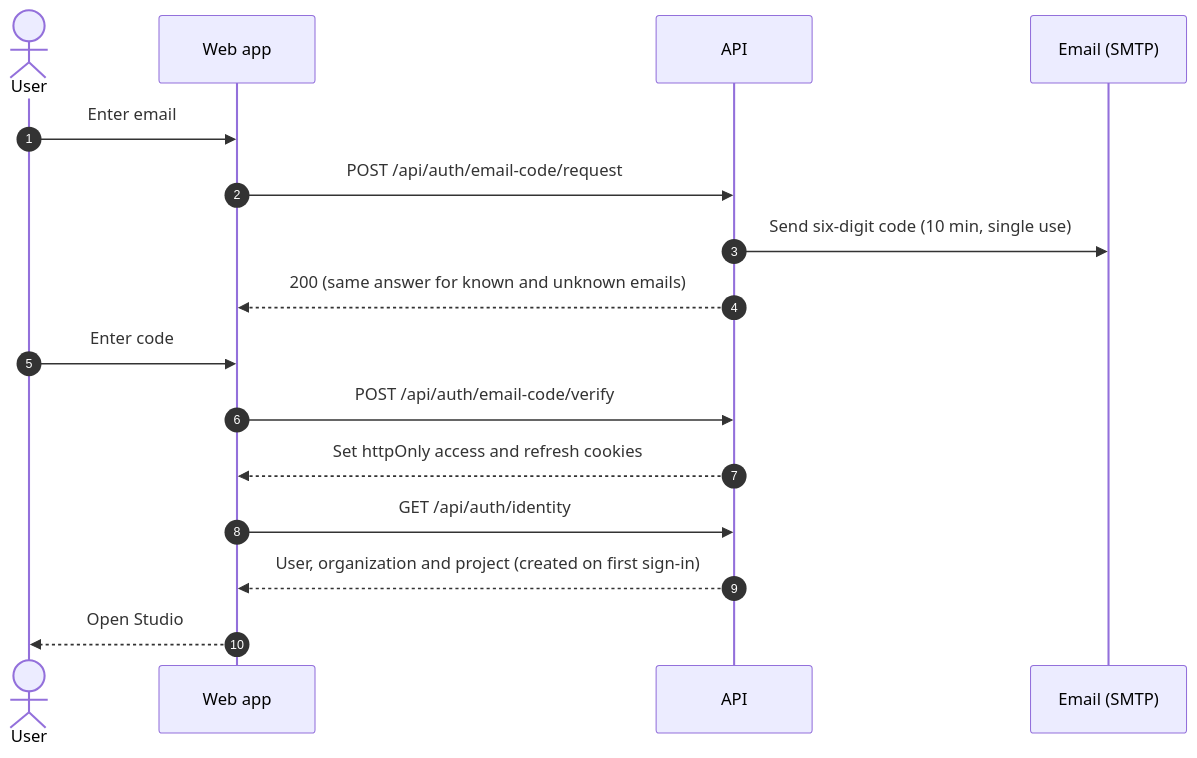
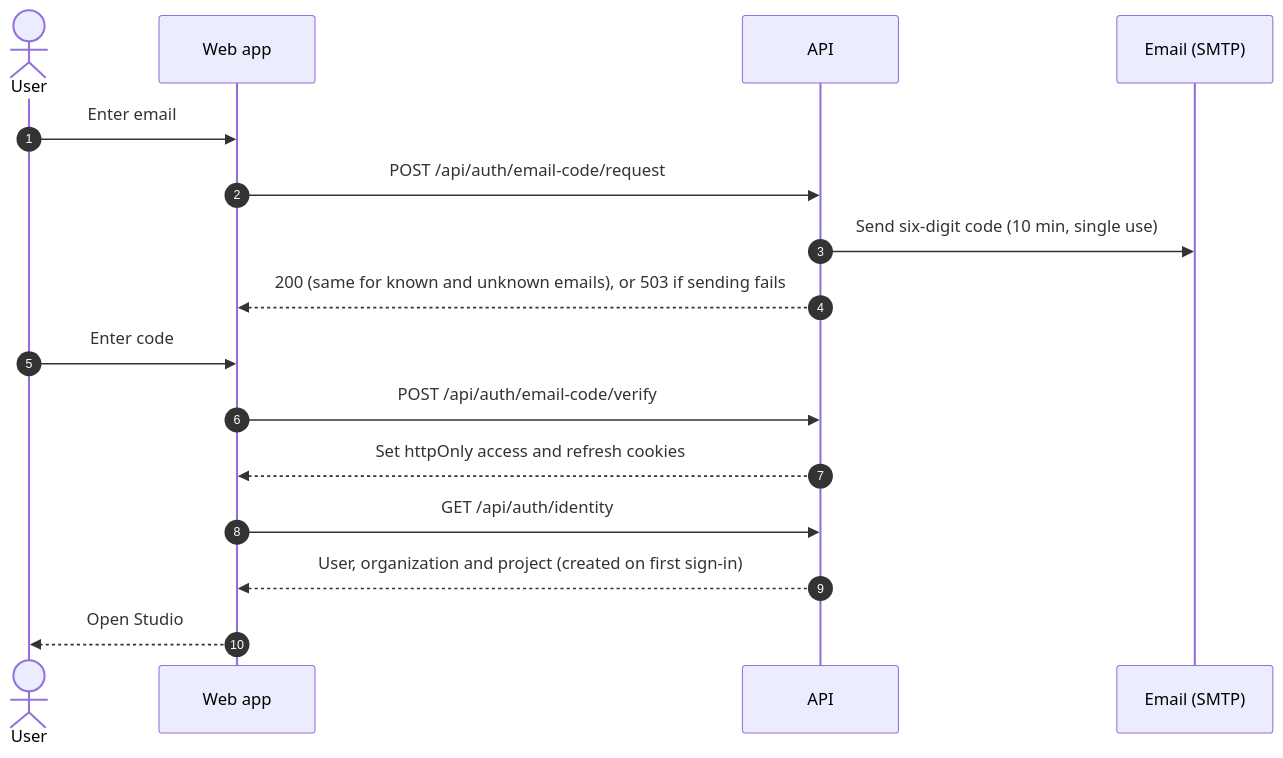
One commit to varunjakkampudi-tech/OraOne changed the fourth of 9 diagrams in docs/architecture/DIAGRAMS.md. Above: the diagram before and after it, drawn with Mermaid. The commit also changed 52 other files, not shown here.

````diff
--- a/docs/architecture/DIAGRAMS.md
+++ b/docs/architecture/DIAGRAMS.md
@@ -80,18 +80,18 @@
 ```mermaid
 sequenceDiagram
   autonumber
   actor U as User
   participant W as Web app
   participant A as API
   participant M as Email (SMTP)
   U->>W: Enter email
   W->>A: POST /api/auth/email-code/request
   A->>M: Send six-digit code (10 min, single use)
-  A-->>W: 200 (same answer for known and unknown emails)
+  A-->>W: 200 (same for known and unknown emails), or 503 if sending fails
   U->>W: Enter code
   W->>A: POST /api/auth/email-code/verify
   A-->>W: Set httpOnly access and refresh cookies
   W->>A: GET /api/auth/identity
   A-->>W: User, organization and project (created on first sign-in)
   W-->>U: Open Studio
 ```
````
